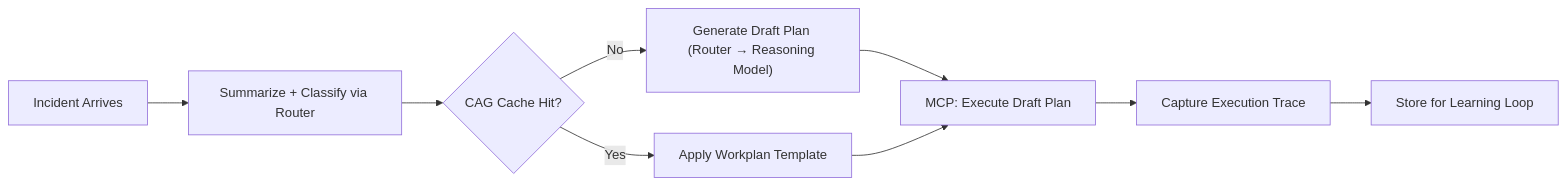
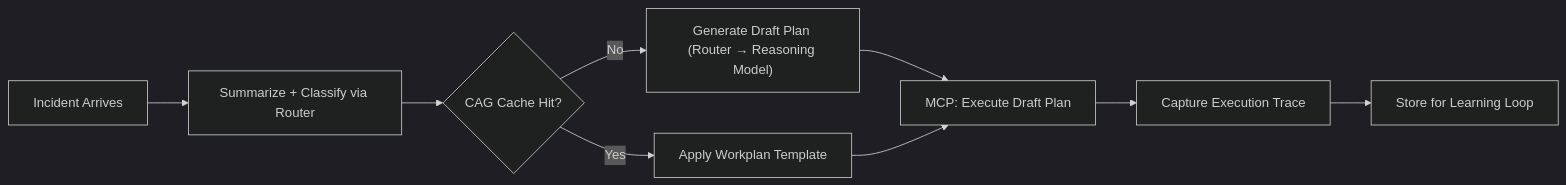
Before and after one commit to roxberry/markrox.dev: the first of 4 diagrams in src/posts/2025-11-21-self-learning-generation/index.md, drawn with Mermaid. The commit also changed other lines of this file and 17 other files, not shown here.

````diff
--- a/src/posts/2025-11-21-self-learning-generation/index.md
+++ b/src/posts/2025-11-21-self-learning-generation/index.md
@@ -56,12 +56,13 @@
 ```mermaid
+%%{init: {"theme": "dark", "flowchart" : { "curve" : "basis" } } }%%
 flowchart LR
 
 A["Incident Arrives"] --> B["Summarize + Classify via Router"]
 B --> C{"CAG Cache Hit?"}
 C -->|Yes| D["Apply Workplan Template"]
 C -->|No| E["Generate Draft Plan (Router → Reasoning Model)"]
 E --> F["MCP: Execute Draft Plan"]
 D --> F
 F --> G["Capture Execution Trace"]
 G --> H["Store for Learning Loop"]
 ```
````
